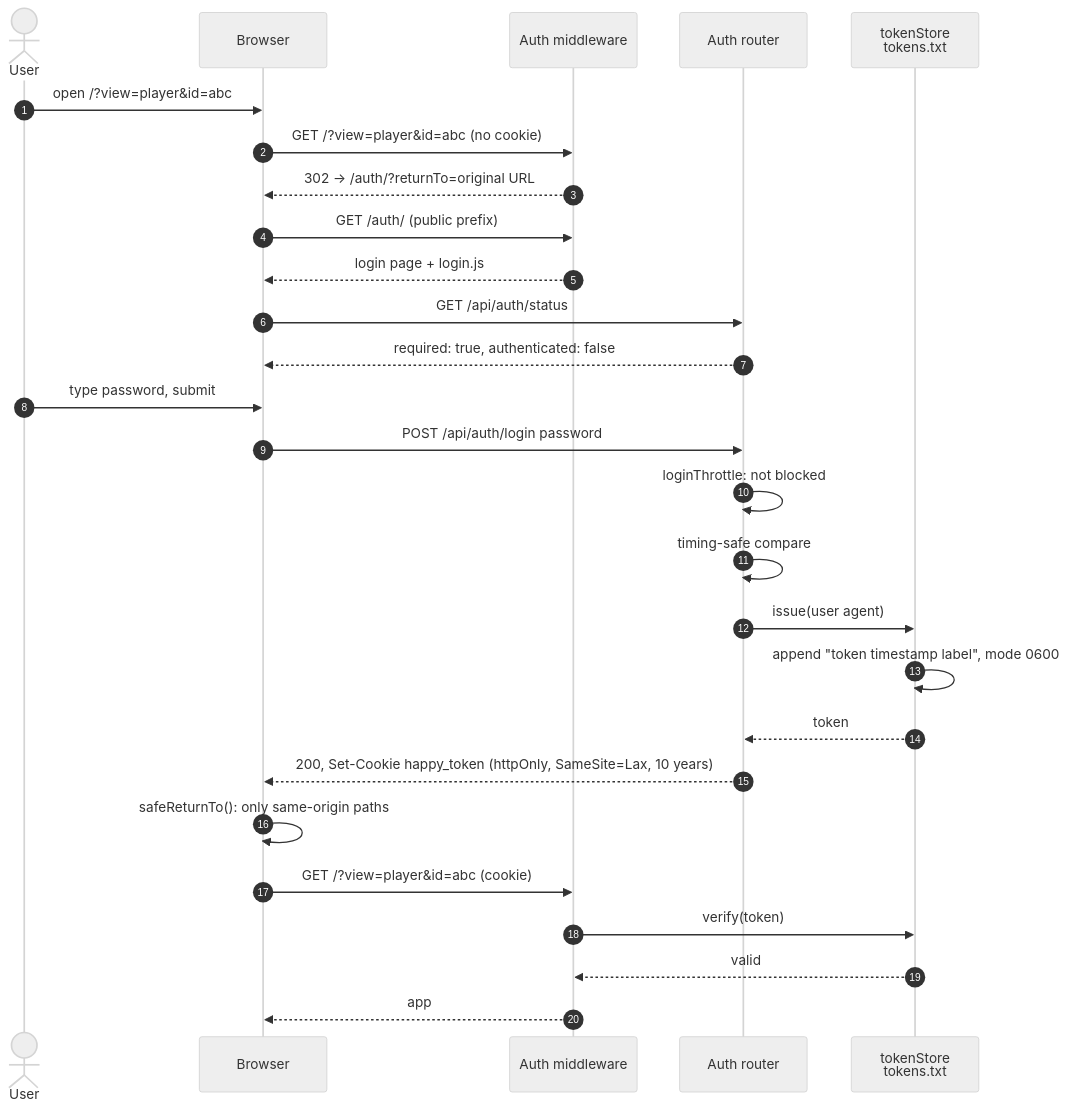
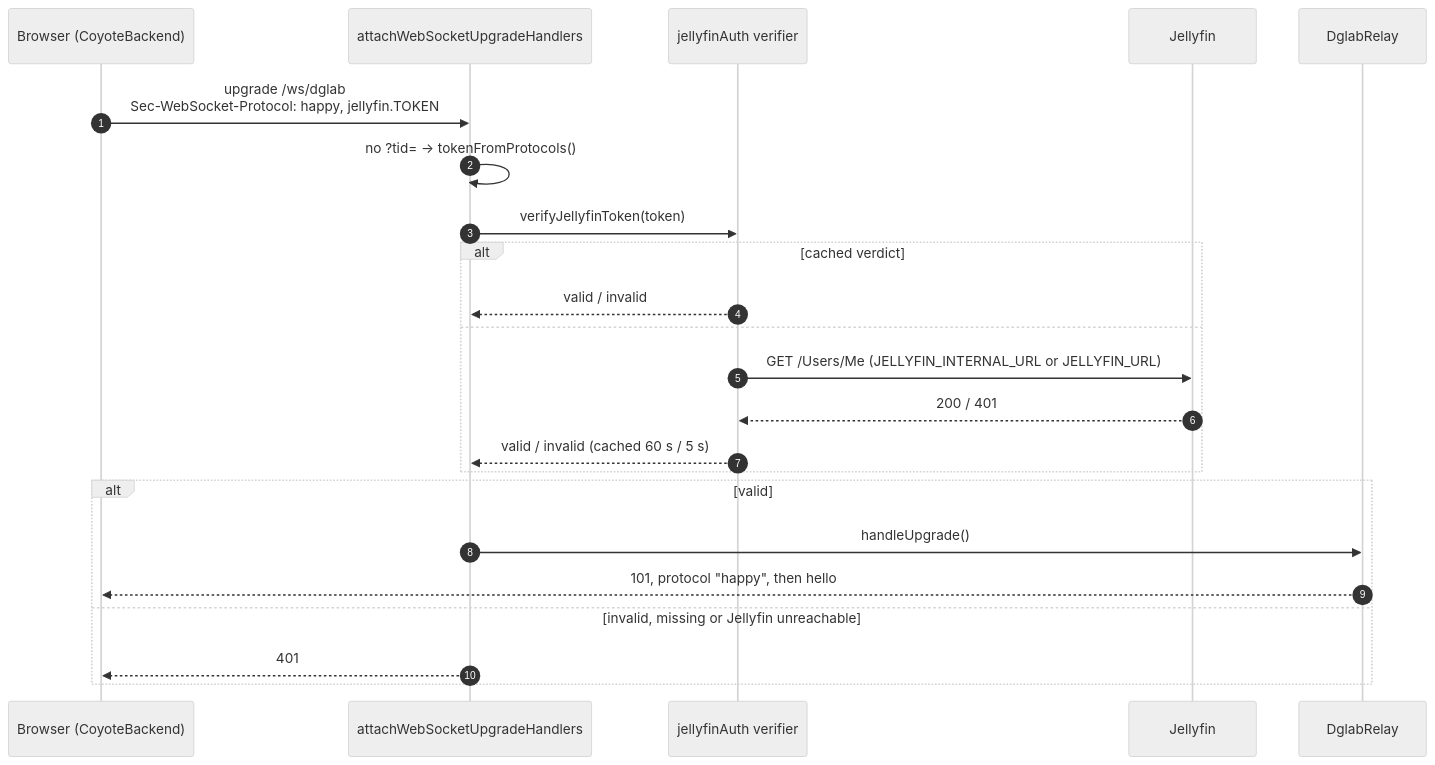
The second of 2 diagrams in docs/developer/use-cases/login.md (lumbar-spine-support/docker-haptic-player), drawn with Mermaid (neutral theme) before and after one commit. The commit also changed other lines of this file and 10 other files, not shown here.

First line of the commit message:
docs: describe Jellyfin-only sign-in

````diff
--- a/docs/developer/use-cases/login.md
+++ b/docs/developer/use-cases/login.md
@@ -52,30 +59,26 @@
 ```mermaid
 sequenceDiagram
   autonumber
-  actor U as User
-  participant B as Browser
-  participant MW as Auth middleware
-  participant AR as Auth router
-  participant TS as tokenStore<br/>tokens.txt
+  participant B as Browser (CoyoteBackend)
+  participant D as attachWebSocketUpgradeHandlers
+  participant V as jellyfinAuth verifier
+  participant J as Jellyfin
+  participant R as DglabRelay
 
-  U->>B: open /?view=player&id=abc
-  B->>MW: GET /?view=player&id=abc (no cookie)
-  MW-->>B: 302 → /auth/?returnTo=original URL
-  B->>MW: GET /auth/ (public prefix)
-  MW-->>B: login page + login.js
-  B->>AR: GET /api/auth/status
-  AR-->>B: required: true, authenticated: false
-  U->>B: type password, submit
-  B->>AR: POST /api/auth/login password
-  AR->>AR: loginThrottle: not blocked
-  AR->>AR: timing-safe compare
-  AR->>TS: issue(user agent)
-  TS->>TS: append "token timestamp label", mode 0600
-  TS-->>AR: token
-  AR-->>B: 200, Set-Cookie happy_token (httpOnly, SameSite=Lax, 10 years)
-  B->>B: safeReturnTo(): only same-origin paths
-  B->>MW: GET /?view=player&id=abc (cookie)
-  MW->>TS: verify(token)
-  TS-->>MW: valid
-  MW-->>B: app
+  B->>D: upgrade /ws/dglab<br/>Sec-WebSocket-Protocol: happy, jellyfin.TOKEN
+  D->>D: no ?tid= → tokenFromProtocols()
+  D->>V: verifyJellyfinToken(token)
+  alt cached verdict
+    V-->>D: valid / invalid
+  else
+    V->>J: GET /Users/Me (JELLYFIN_INTERNAL_URL or JELLYFIN_URL)
+    J-->>V: 200 / 401
+    V-->>D: valid / invalid (cached 60 s / 5 s)
+  end
+  alt valid
+    D->>R: handleUpgrade()
+    R-->>B: 101, protocol "happy", then hello
+  else invalid, missing or Jellyfin unreachable
+    D-->>B: 401
+  end
 ```
````
